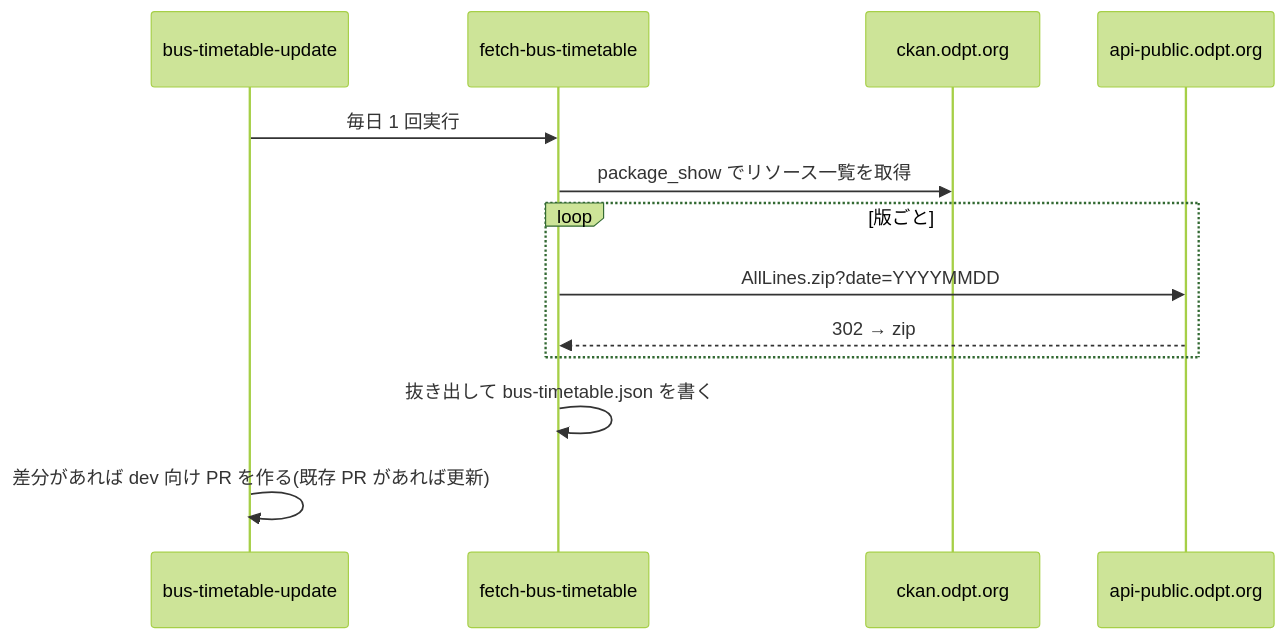
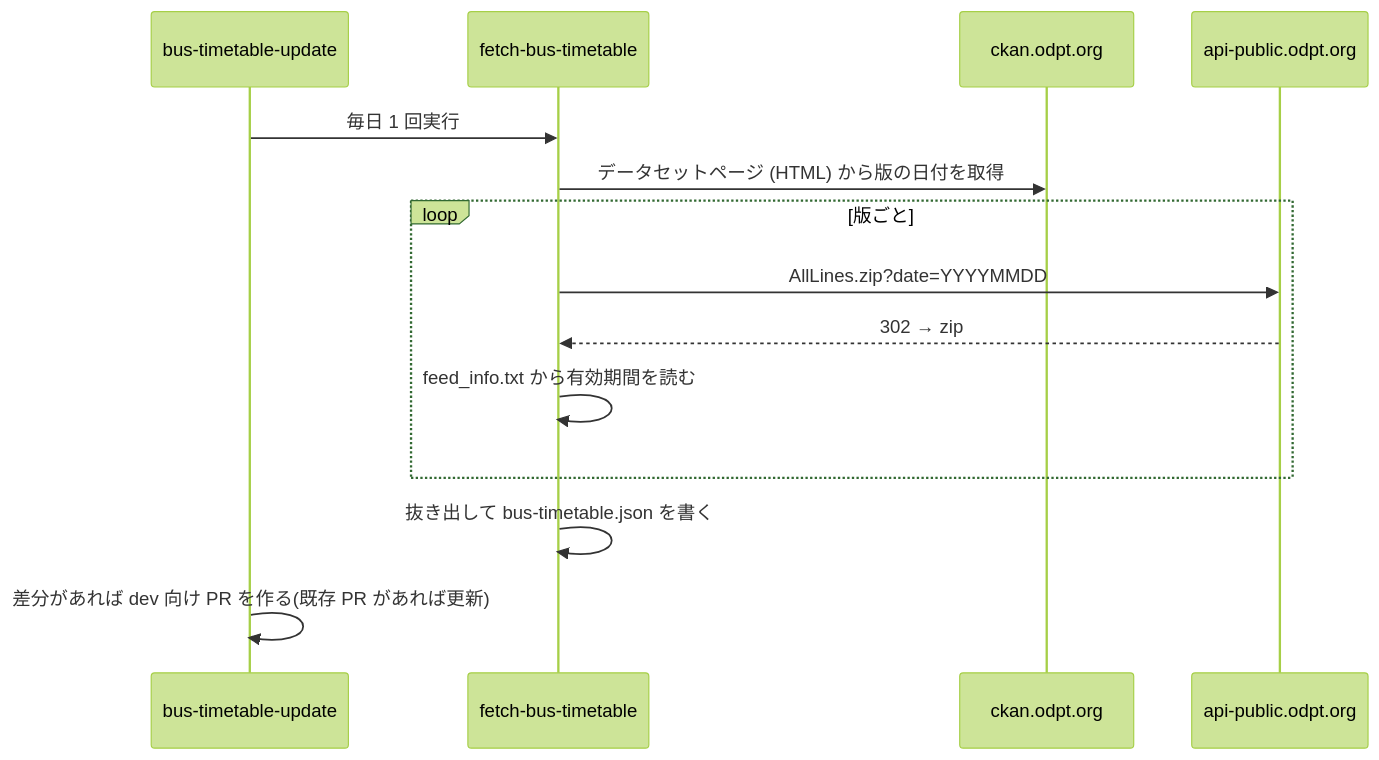
The second of 4 diagrams in .kiro/specs/bus-departure-info/design.md (aramakisai/aramakisai-web), drawn with Mermaid (forest theme) before and after one commit. The commit also changed other lines of this file and 1 other file, not shown here.

````diff
--- a/.kiro/specs/bus-departure-info/design.md
+++ b/.kiro/specs/bus-departure-info/design.md
@@ -166,15 +166,16 @@
 ```mermaid
 sequenceDiagram
   participant GA as bus-timetable-update
   participant S as fetch-bus-timetable
   participant C as ckan.odpt.org
   participant O as api-public.odpt.org
   GA->>S: 毎日 1 回実行
-  S->>C: package_show でリソース一覧を取得
+  S->>C: データセットページ (HTML) から版の日付を取得
   loop 版ごと
     S->>O: AllLines.zip?date=YYYYMMDD
     O-->>S: 302 → zip
+    S->>S: feed_info.txt から有効期間を読む
   end
   S->>S: 抜き出して bus-timetable.json を書く
   GA->>GA: 差分があれば dev 向け PR を作る(既存 PR があれば更新)
 ```
````
